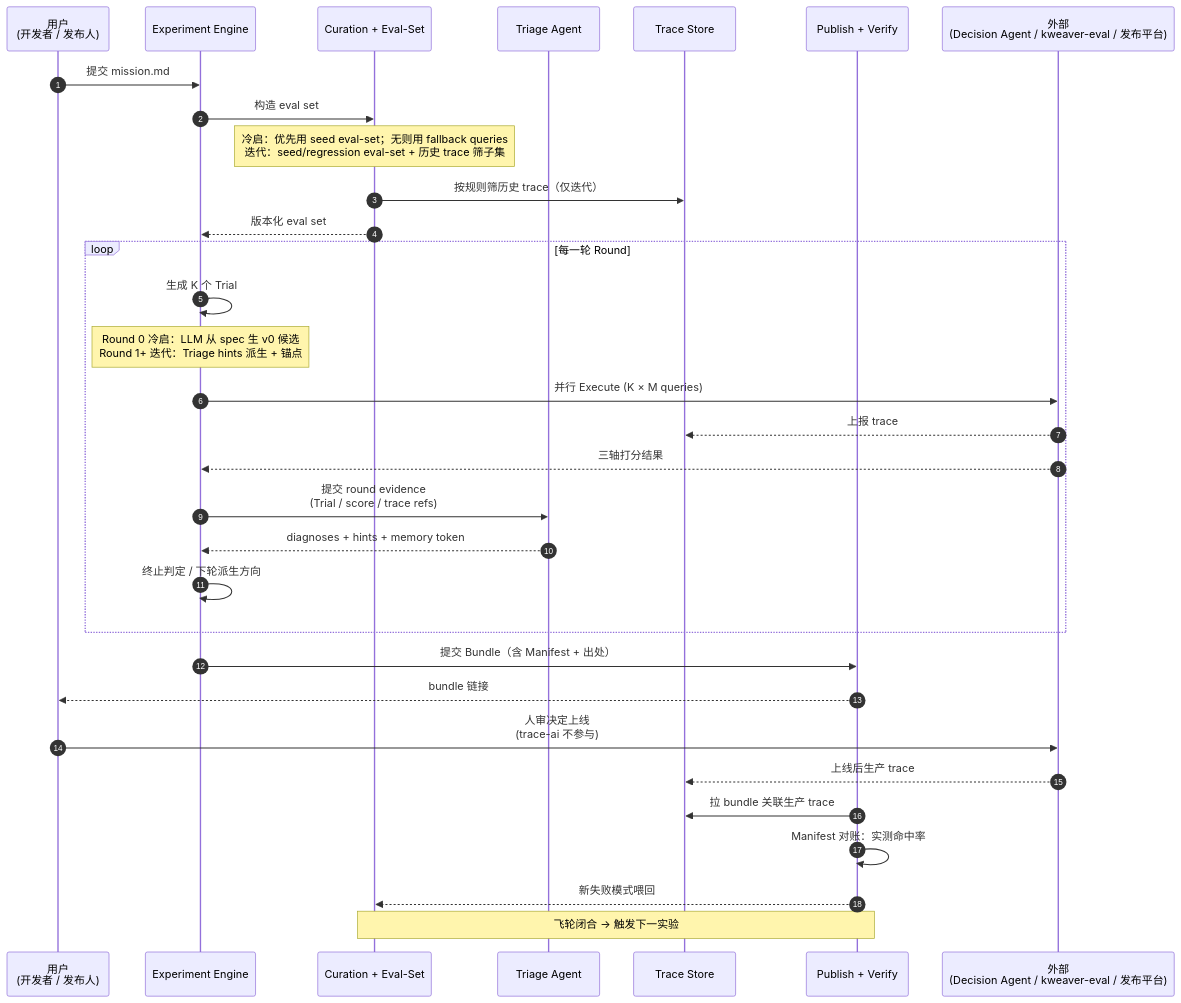
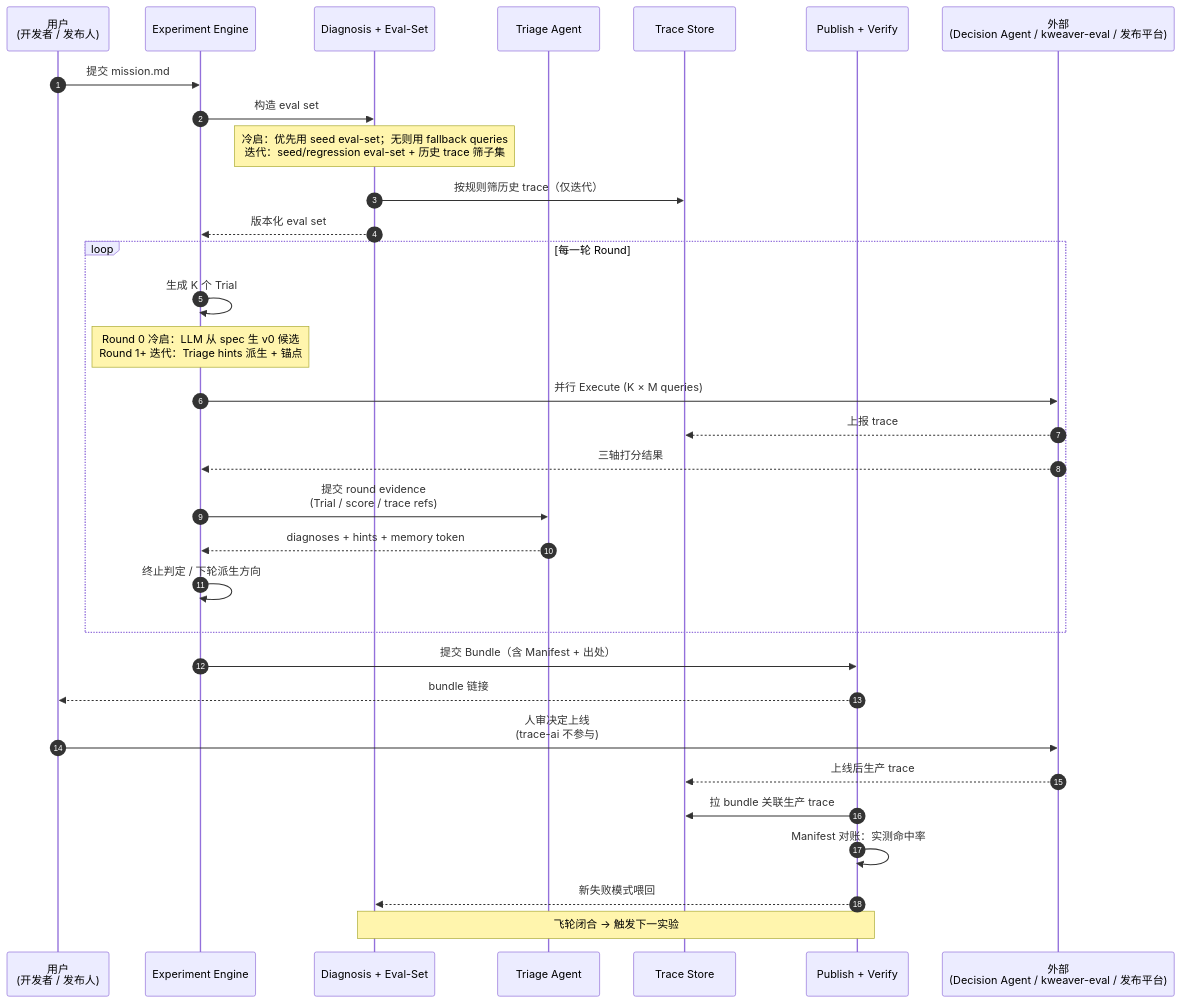
Before and after one commit to xforce-io/plan-traceai: the second of 3 diagrams in vision/trace-ai-continuous-learning-design.md, drawn with Mermaid. The commit also changed other lines of this file and 1 other file, not shown here.

````diff
--- a/vision/trace-ai-continuous-learning-design.md
+++ b/vision/trace-ai-continuous-learning-design.md
@@ -660,37 +675,37 @@
 ```mermaid
 sequenceDiagram
     autonumber
     participant USER as 用户<br/>(开发者 / 发布人)
     participant EXP as Experiment Engine
-    participant SEL as Curation + Eval-Set
+    participant SEL as Diagnosis + Eval-Set
     participant TRIAGE as Triage Agent
     participant TRACE as Trace Store
     participant ASSET as Publish + Verify
     participant EXT as 外部<br/>(Decision Agent / kweaver-eval / 发布平台)
 
     USER->>EXP: 提交 mission.md
     EXP->>SEL: 构造 eval set
     Note over SEL: 冷启：优先用 seed eval-set；无则用 fallback queries<br/>迭代：seed/regression eval-set + 历史 trace 筛子集
     SEL->>TRACE: 按规则筛历史 trace（仅迭代）
     SEL-->>EXP: 版本化 eval set
 
     loop 每一轮 Round
         EXP->>EXP: 生成 K 个 Trial
         Note over EXP: Round 0 冷启：LLM 从 spec 生 v0 候选<br/>Round 1+ 迭代：Triage hints 派生 + 锚点
         EXP->>EXT: 并行 Execute (K × M queries)
         EXT-->>TRACE: 上报 trace
         EXT-->>EXP: 三轴打分结果
         EXP->>TRIAGE: 提交 round evidence<br/>(Trial / score / trace refs)
         TRIAGE-->>EXP: diagnoses + hints + memory token
         EXP->>EXP: 终止判定 / 下轮派生方向
     end
 
     EXP->>ASSET: 提交 Bundle（含 Manifest + 出处）
     ASSET-->>USER: bundle 链接
     USER->>EXT: 人审决定上线<br/>(trace-ai 不参与)
     EXT-->>TRACE: 上线后生产 trace
     ASSET->>TRACE: 拉 bundle 关联生产 trace
     ASSET->>ASSET: Manifest 对账：实测命中率
     ASSET-->>SEL: 新失败模式喂回
     Note over SEL,ASSET: 飞轮闭合 → 触发下一实验
 ```
````
